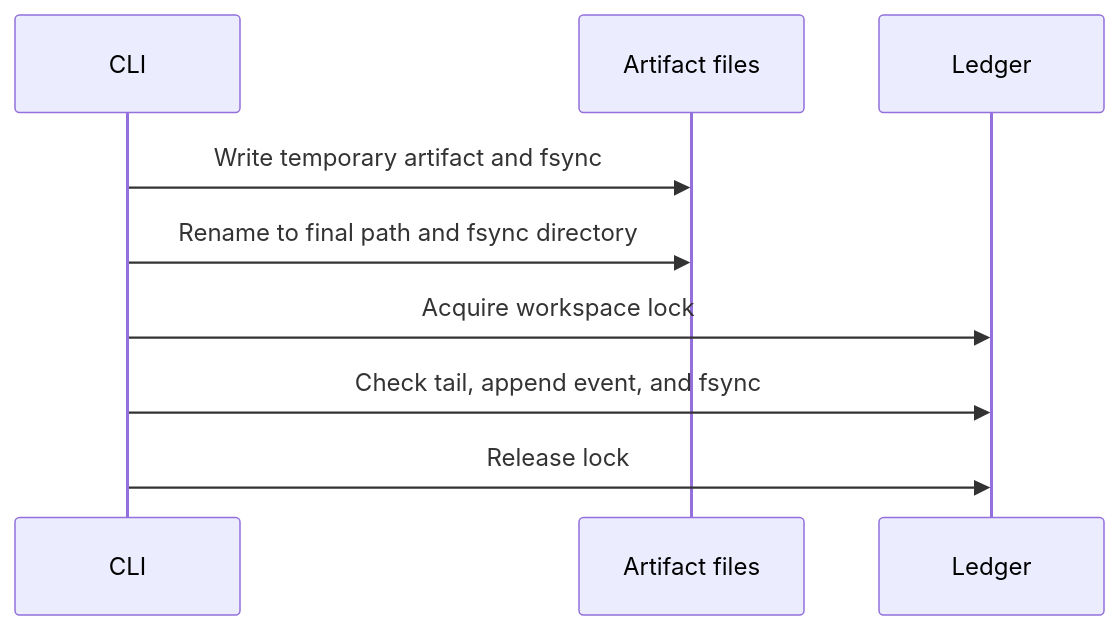
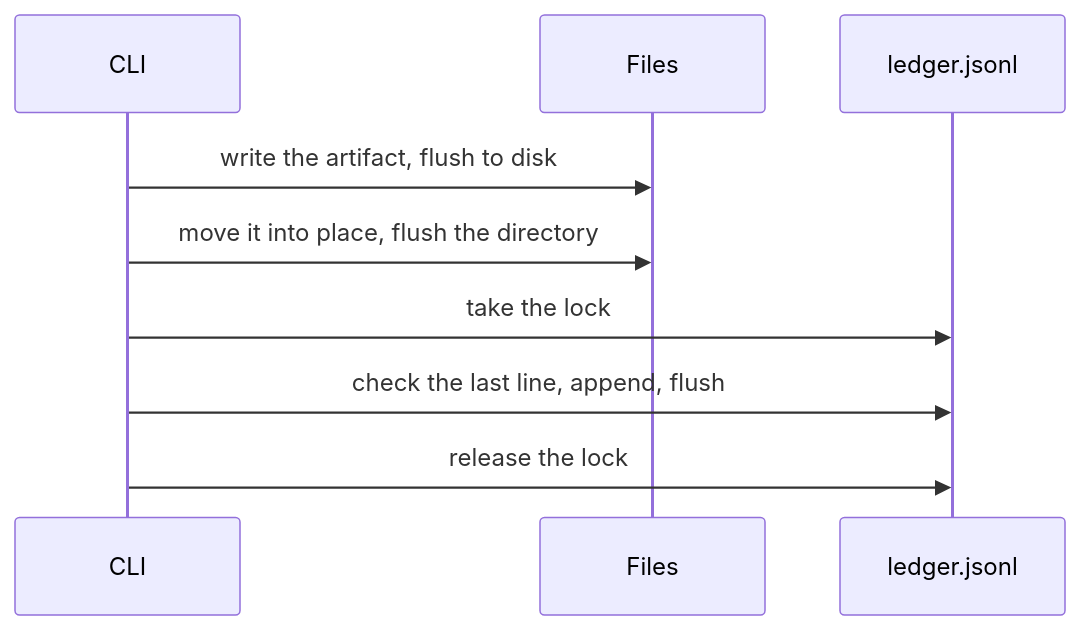
The diagram in docs/architecture/ledger.md (fab7hq/ringframe), drawn with Mermaid before and after one commit. The commit also changed other lines of this file and 10 other files, not shown here.

````diff
--- a/docs/architecture/ledger.md
+++ b/docs/architecture/ledger.md
@@ -40,11 +41,11 @@
 ```mermaid
 sequenceDiagram
     participant CLI
-    participant Files as Artifact files
-    participant Ledger
-    CLI->>Files: Write temporary artifact and fsync
-    CLI->>Files: Rename to final path and fsync directory
-    CLI->>Ledger: Acquire workspace lock
-    CLI->>Ledger: Check tail, append event, and fsync
-    CLI->>Ledger: Release lock
+    participant Files as Files
+    participant Log as ledger.jsonl
+    CLI->>Files: write the artifact, flush to disk
+    CLI->>Files: move it into place, flush the directory
+    CLI->>Log: take the lock
+    CLI->>Log: check the last line, append, flush
+    CLI->>Log: release the lock
 ```
````
